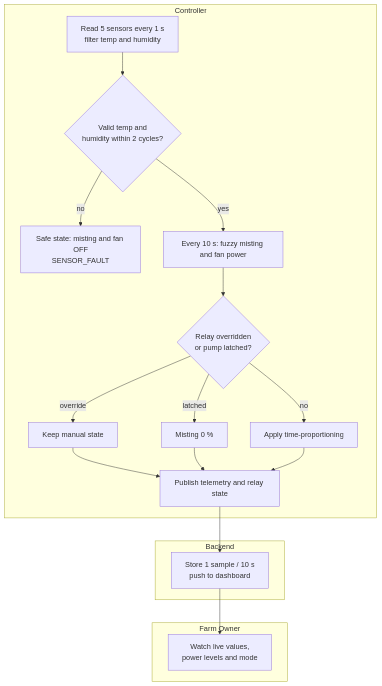
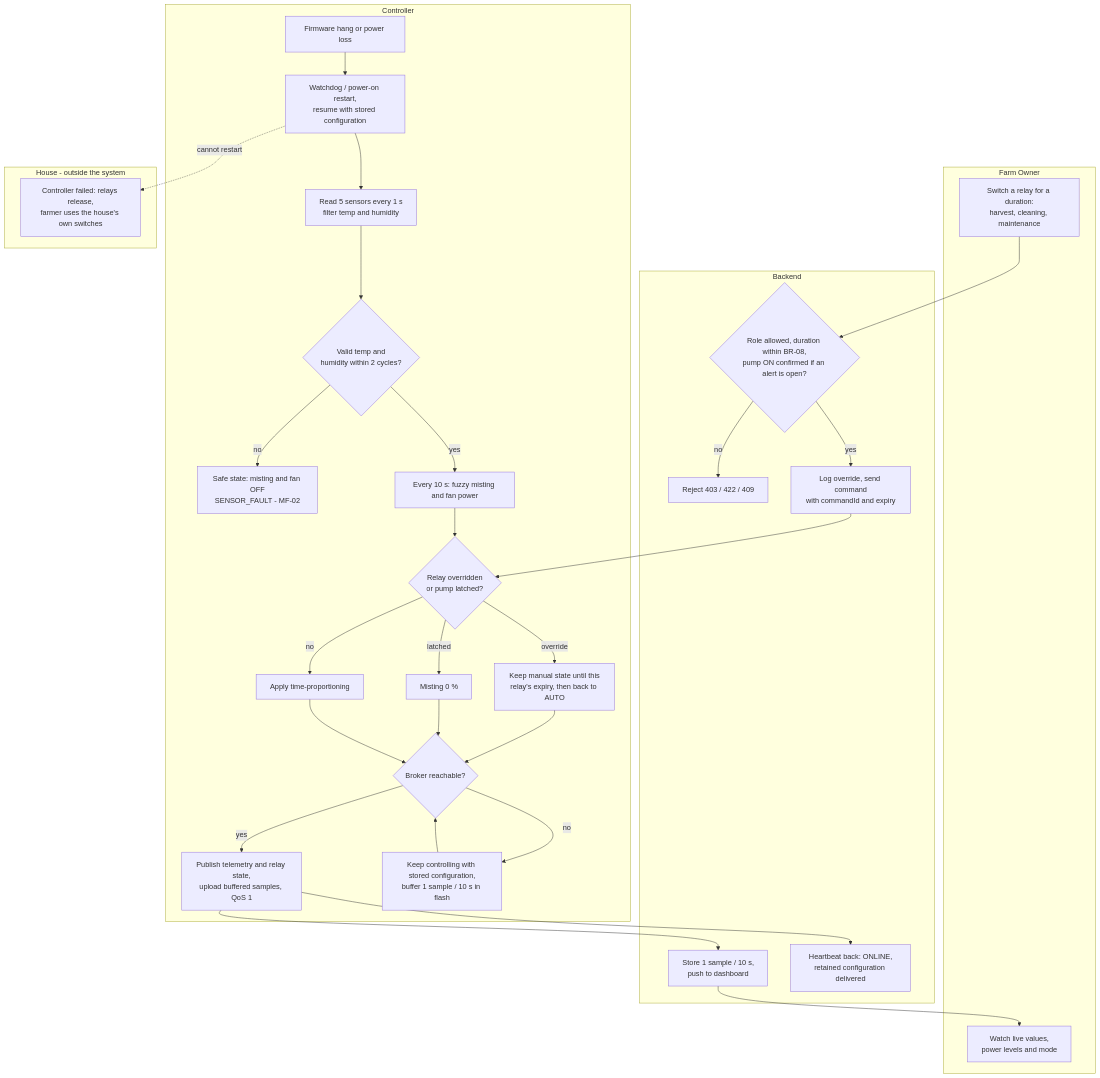
Diagram 21 of 31 in docs/reports/report4-sdd.md (NBao261/SwiftletCare_KLTN), drawn with Mermaid before and after one commit. The commit also changed other lines of this file and 34 other files, not shown here.

First line of the commit message:
docs(srs): regroup the main flows into six business processes

````diff
--- a/docs/reports/report4-sdd.md
+++ b/docs/reports/report4-sdd.md
@@ -999,20 +999,36 @@
 ```mermaid
 flowchart TB
   subgraph C[Controller]
     A1[Read 5 sensors every 1 s<br/>filter temp and humidity] --> A2{Valid temp and<br/>humidity within 2 cycles?}
-    A2 -- no --> A3[Safe state: misting and fan OFF<br/>SENSOR_FAULT]
+    A2 -- no --> A3[Safe state: misting and fan OFF<br/>SENSOR_FAULT - MF-02]
     A2 -- yes --> A4[Every 10 s: fuzzy misting and fan power]
     A4 --> A5{Relay overridden<br/>or pump latched?}
-    A5 -- override --> A6[Keep manual state]
+    A5 -- override --> A6[Keep manual state until this<br/>relay's expiry, then back to AUTO]
     A5 -- latched --> A7[Misting 0 %]
     A5 -- no --> A8[Apply time-proportioning]
-    A6 & A7 & A8 --> A9[Publish telemetry and relay state]
+    A6 & A7 & A8 --> A9{Broker reachable?}
+    A9 -- yes --> A10[Publish telemetry and relay state,<br/>upload buffered samples, QoS 1]
+    A9 -- no --> A11[Keep controlling with stored configuration,<br/>buffer 1 sample / 10 s in flash]
+    A12[Firmware hang or power loss] --> A13[Watchdog / power-on restart,<br/>resume with stored configuration]
   end
   subgraph B[Backend]
-    B1[Store 1 sample / 10 s<br/>push to dashboard]
+    B1[Store 1 sample / 10 s,<br/>push to dashboard]
+    B2{Role allowed, duration within BR-08,<br/>pump ON confirmed if an alert is open?} -- no --> B3[Reject 403 / 422 / 409]
+    B2 -- yes --> B4[Log override, send command<br/>with commandId and expiry]
+    B5[Heartbeat back: ONLINE,<br/>retained configuration delivered]
   end
   subgraph O[Farm Owner]
     O1[Watch live values,<br/>power levels and mode]
+    O2[Switch a relay for a duration:<br/>harvest, cleaning, maintenance]
   end
-  A9 --> B1 --> O1
+  subgraph H[House - outside the system]
+    H1[Controller failed: relays release,<br/>farmer uses the house's own switches]
+  end
+  A10 --> B1 --> O1
+  A10 --> B5
+  A11 --> A9
+  A13 --> A1
+  O2 --> B2
+  B4 --> A5
+  A13 -. cannot restart .-> H1
 ```
````
